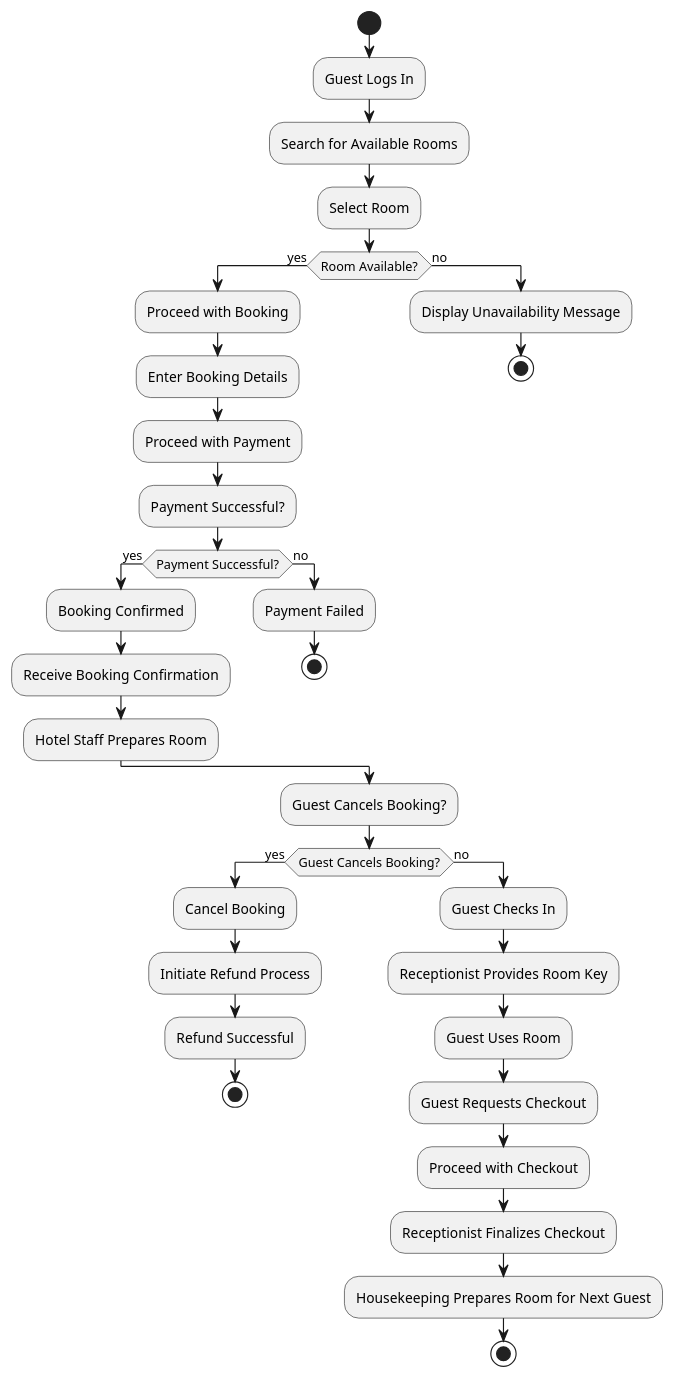
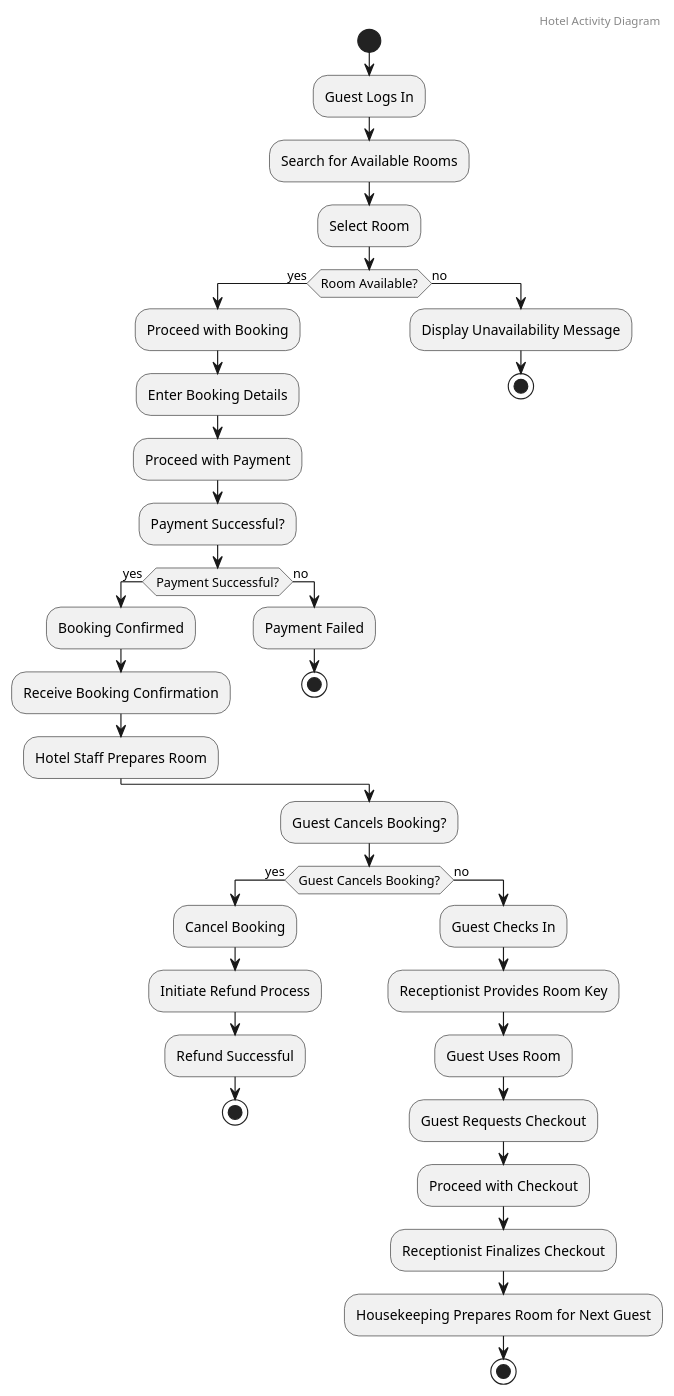
Before and after one commit to Piyush-cateina/Plantuml: the diagram in hotel_activity.puml, drawn with PlantUML. The commit also changed 2 other files, not shown here.

```diff
--- a/hotel_activity.puml
+++ b/hotel_activity.puml
@@ -1,44 +1,46 @@
 @startuml
 start
+
+header Hotel Activity Diagram
 
 :Guest Logs In;
 :Search for Available Rooms;
 :Select Room;
 
 if (Room Available?) then (yes)
     :Proceed with Booking;
     :Enter Booking Details;
     :Proceed with Payment;
     :Payment Successful?;
     if (Payment Successful?) then (yes)
         :Booking Confirmed;
         :Receive Booking Confirmation;
         :Hotel Staff Prepares Room;
     else (no)
         :Payment Failed;
         stop
     endif
 else (no)
     :Display Unavailability Message;
     stop
 endif
 
 :Guest Cancels Booking?;
 if (Guest Cancels Booking?) then (yes)
     :Cancel Booking;
     :Initiate Refund Process;
     :Refund Successful;
     stop
 else (no)
     :Guest Checks In;
     :Receptionist Provides Room Key;
     :Guest Uses Room;
     :Guest Requests Checkout;
 
     :Proceed with Checkout;
     :Receptionist Finalizes Checkout;
     :Housekeeping Prepares Room for Next Guest;
     stop
 endif
 
 @enduml
```
